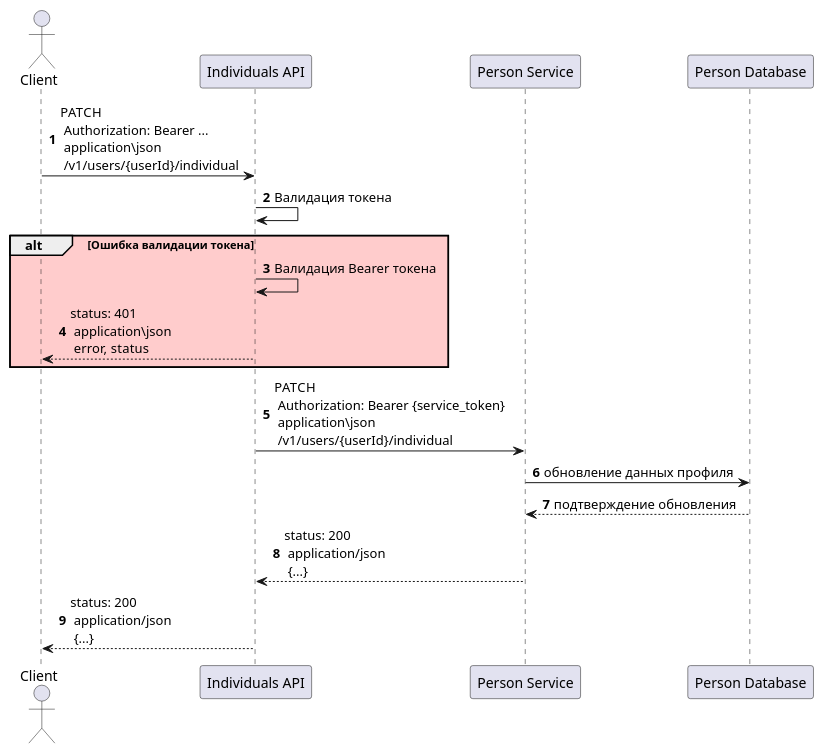
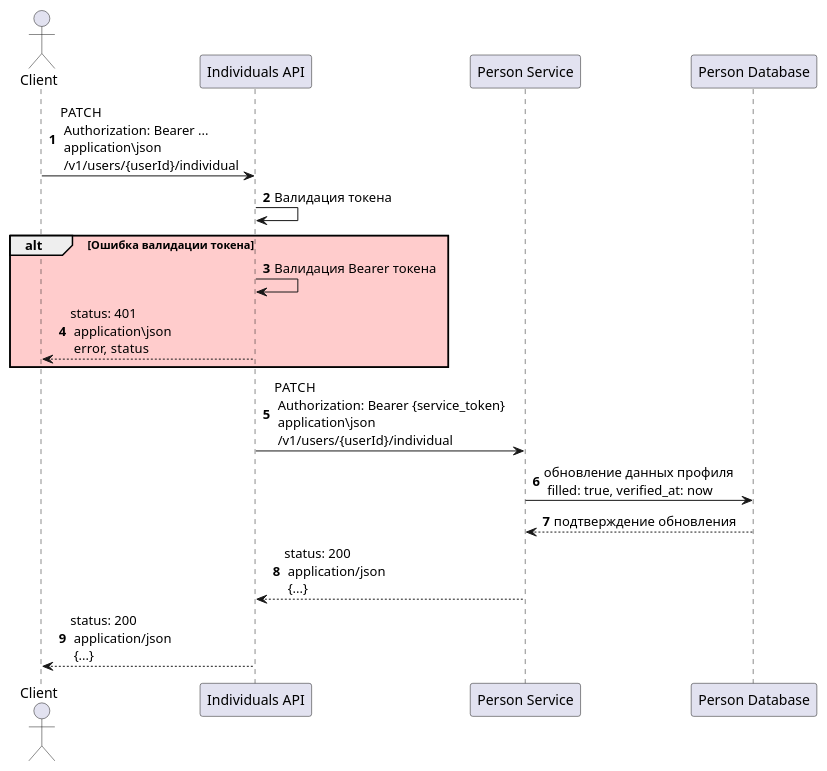
The diagram in architecture/sequence/update-user.puml (Ersted-me/payment-system), drawn with PlantUML before and after one commit. The commit also changed 1 other file, not shown here.

Commit message:
update sequence diagram: registration, update-user

```diff
--- a/architecture/sequence/update-user.puml
+++ b/architecture/sequence/update-user.puml
@@ -1,23 +1,23 @@
 @startuml
 
 autonumber
 
 actor Client as client
 participant "Individuals API" as api
 participant "Person Service" as person
 participant "Person Database" as personDb
 
 client -> api: PATCH \n Authorization: Bearer ... \n application\json \n /v1/users/{userId}/individual
 api -> api: Валидация токена
 
 alt #FFCCCC Ошибка валидации токена
 api -> api: Валидация Bearer токена
 api --> client: status: 401 \n application\json \n error, status
 end
 
 api -> person: PATCH \n Authorization: Bearer {service_token} \n application\json \n /v1/users/{userId}/individual
-person -> personDb: обновление данных профиля
+person -> personDb: обновление данных профиля \n filled: true, verified_at: now
 personDb --> person: подтверждение обновления
 person --> api: status: 200 \n application/json \n {...}
 api --> client: status: 200 \n application/json \n {...}
 @enduml
```
